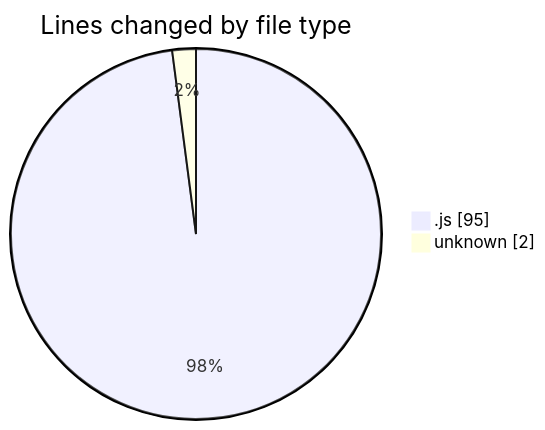
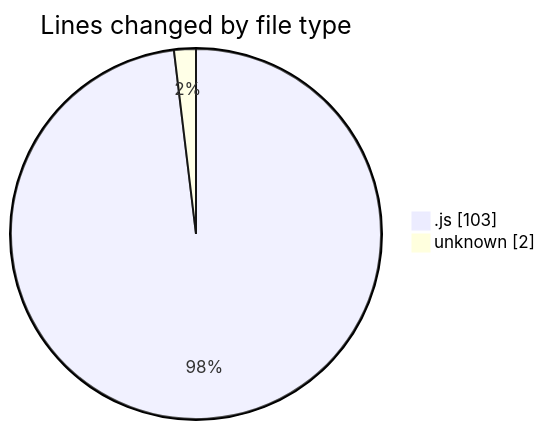
Before and after one commit to nxtqubesakshisongat/code-tracking: the first of 2 diagrams in 2025-05-17/javacript/README.md, drawn with Mermaid. The commit also changed other lines of this file and 1 other file, not shown here.

````diff
--- a/2025-05-17/javacript/README.md
+++ b/2025-05-17/javacript/README.md
@@ -21,6 +21,6 @@
 ```mermaid
 pie showData
 title Lines changed by file type
-".js" : 95
+".js" : 103
 "unknown" : 2
 ```
````
